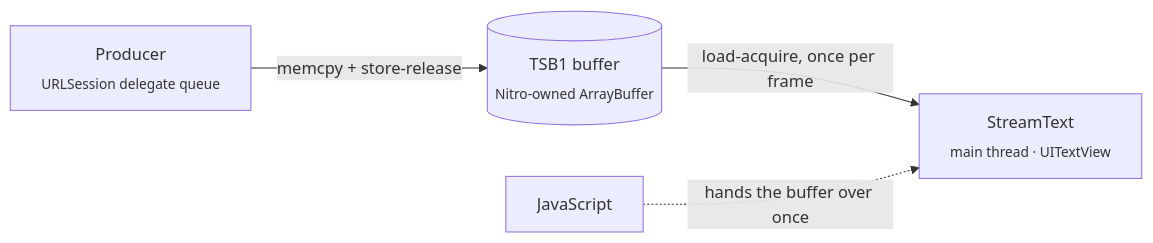
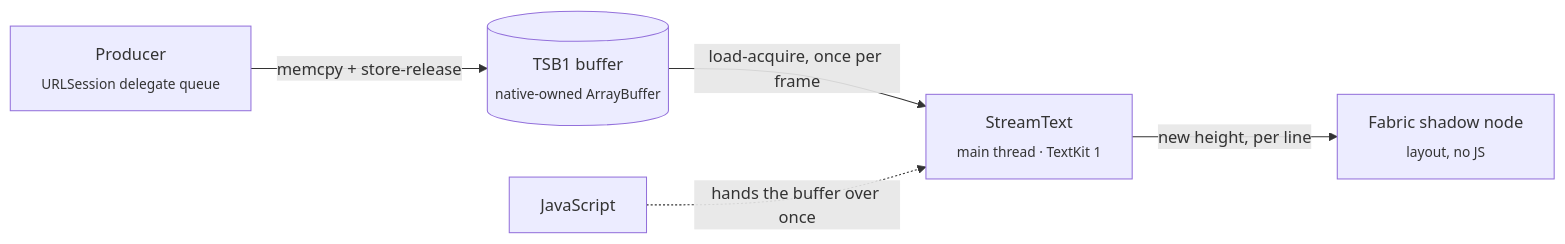
The diagram in README.md (pioner92/react-native-text-stream), drawn with Mermaid before and after one commit. The commit also changed other lines of this file, not shown here.

First line of the commit message:
docs: README for the Fabric StreamText

````diff
--- a/README.md
+++ b/README.md
@@ -160,6 +175,7 @@
 ```mermaid
 flowchart LR
-    P["Producer<br/><sub>URLSession delegate queue</sub>"] -- "memcpy + store-release" --> B[("TSB1 buffer<br/><sub>Nitro-owned ArrayBuffer</sub>")]
-    B -- "load-acquire, once per frame" --> R["StreamText<br/><sub>main thread · UITextView</sub>"]
+    P["Producer<br/><sub>URLSession delegate queue</sub>"] -- "memcpy + store-release" --> B[("TSB1 buffer<br/><sub>native-owned ArrayBuffer</sub>")]
+    B -- "load-acquire, once per frame" --> R["StreamText<br/><sub>main thread · TextKit 1</sub>"]
+    R -- "new height, per line" --> S["Fabric shadow node<br/><sub>layout, no JS</sub>"]
     J["JavaScript"] -. "hands the buffer over once" .-> R
 ```
````
